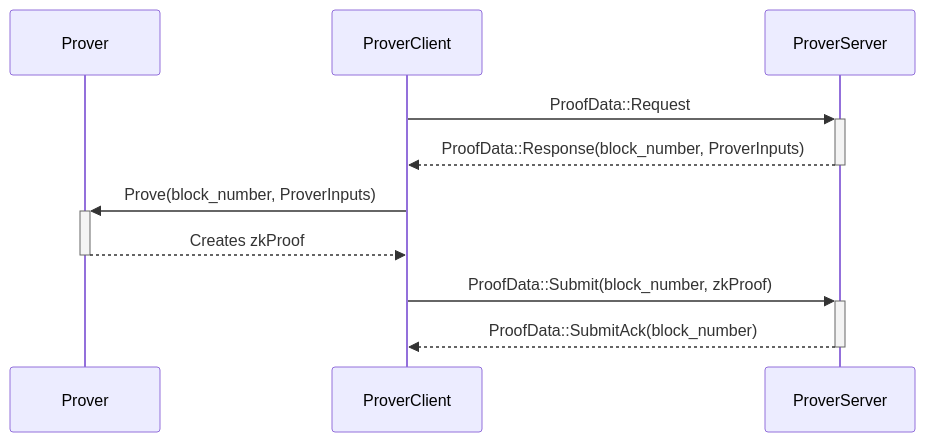
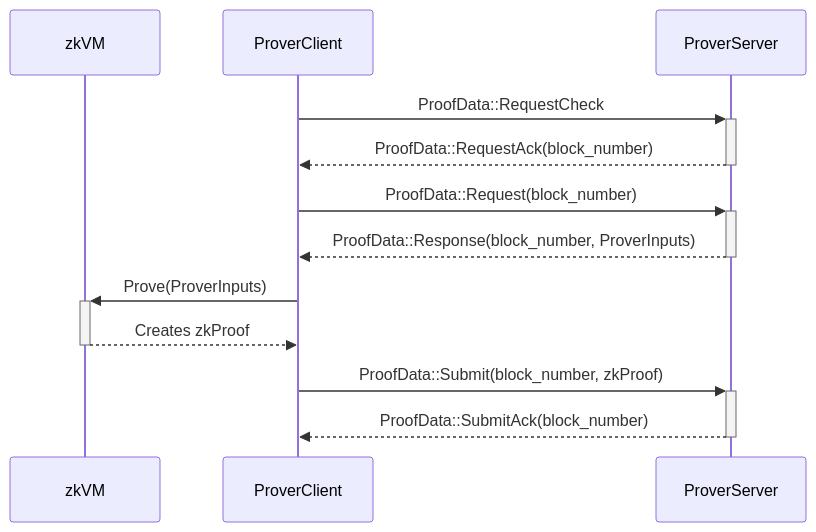
The diagram in crates/l2/docs/prover.md (lambdaclass/lambda_ethereum_rust), drawn with Mermaid before and after one commit. The commit also changed 2 other files, not shown here.

Commit message:
minor improvements

````diff
--- a/crates/l2/docs/prover.md
+++ b/crates/l2/docs/prover.md
@@ -29,12 +29,14 @@
 ```mermaid
 sequenceDiagram
-    participant Prover
+    participant zkVM
     participant ProverClient
     participant ProverServer
-    ProverClient->>+ProverServer: ProofData::Request
+    ProverClient->>+ProverServer: ProofData::RequestCheck
+    ProverServer-->>-ProverClient: ProofData::RequestAck(block_number)
+    ProverClient->>+ProverServer: ProofData::Request(block_number)
     ProverServer-->>-ProverClient: ProofData::Response(block_number, ProverInputs)
-    ProverClient->>+Prover: Prove(block_number, ProverInputs)
-    Prover-->>-ProverClient: Creates zkProof
+    ProverClient->>+zkVM: Prove(ProverInputs)
+    zkVM-->>-ProverClient: Creates zkProof
     ProverClient->>+ProverServer: ProofData::Submit(block_number, zkProof)
     ProverServer-->>-ProverClient: ProofData::SubmitAck(block_number)
 ```
````
